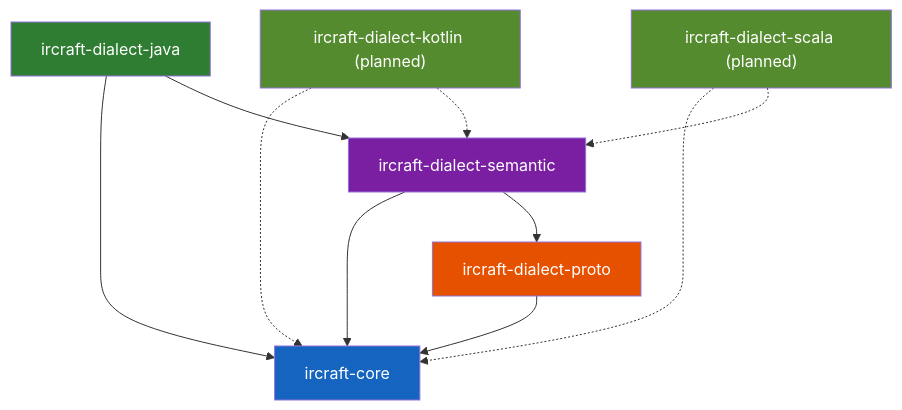
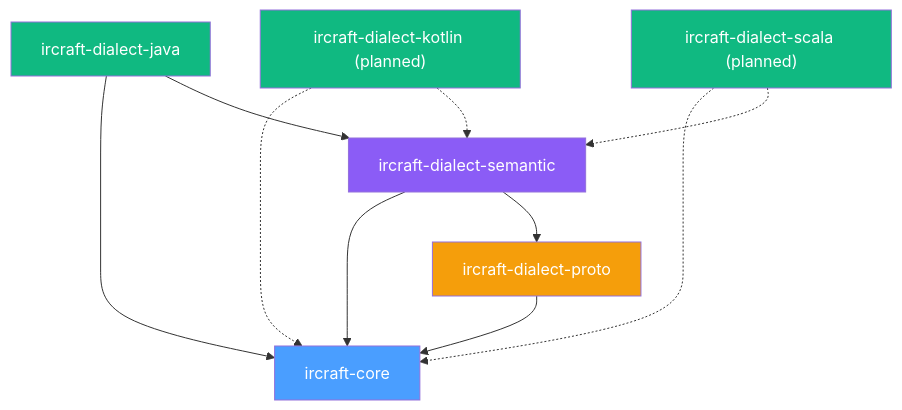
The fifth of 12 diagrams in docs/ARCHITECTURE.md (alnovis/ircraft), drawn with Mermaid before and after one commit. The commit also changed other lines of this file and 53 other files, not shown here.

First line of the commit message:
refactor(core): two-level Operation architecture with regions as source of truth

````diff
--- a/docs/ARCHITECTURE.md
+++ b/docs/ARCHITECTURE.md
@@ -7,26 +172,26 @@
 ```mermaid
 flowchart TB
     core["ircraft-core"]
     proto["ircraft-dialect-proto"]
     semantic["ircraft-dialect-semantic"]
     java["ircraft-dialect-java"]
     kotlin["ircraft-dialect-kotlin (planned)"]
     scala["ircraft-dialect-scala (planned)"]
 
     proto --> core
     semantic --> core
     semantic --> proto
     java --> core
     java --> semantic
     kotlin -.-> core
     kotlin -.-> semantic
     scala -.-> core
     scala -.-> semantic
 
-    style core fill:#1565c0,color:#fff
-    style proto fill:#e65100,color:#fff
-    style semantic fill:#7b1fa2,color:#fff
-    style java fill:#2e7d32,color:#fff
-    style kotlin fill:#558b2f,color:#fff
-    style scala fill:#558b2f,color:#fff
+    style core fill:#4a9eff,color:#fff
+    style proto fill:#f59e0b,color:#fff
+    style semantic fill:#8b5cf6,color:#fff
+    style java fill:#10b981,color:#fff
+    style kotlin fill:#10b981,color:#fff
+    style scala fill:#10b981,color:#fff
 ```
````
